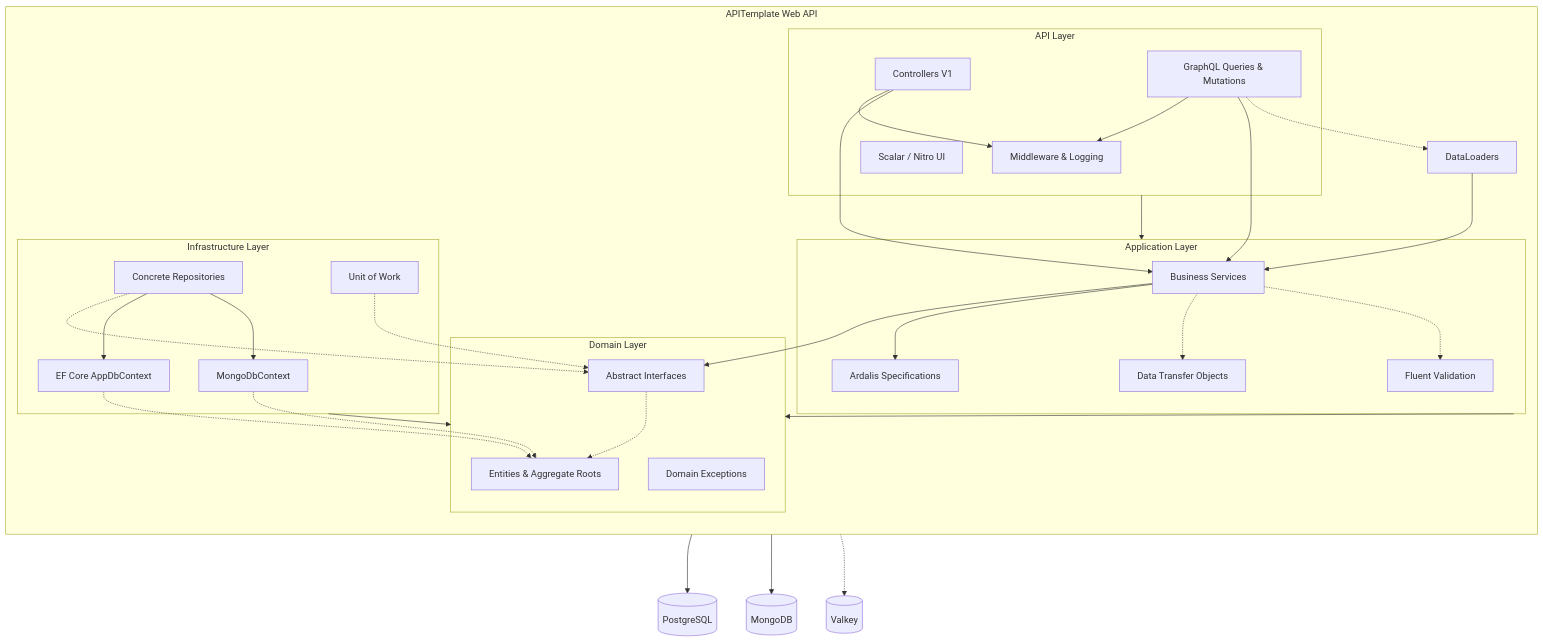
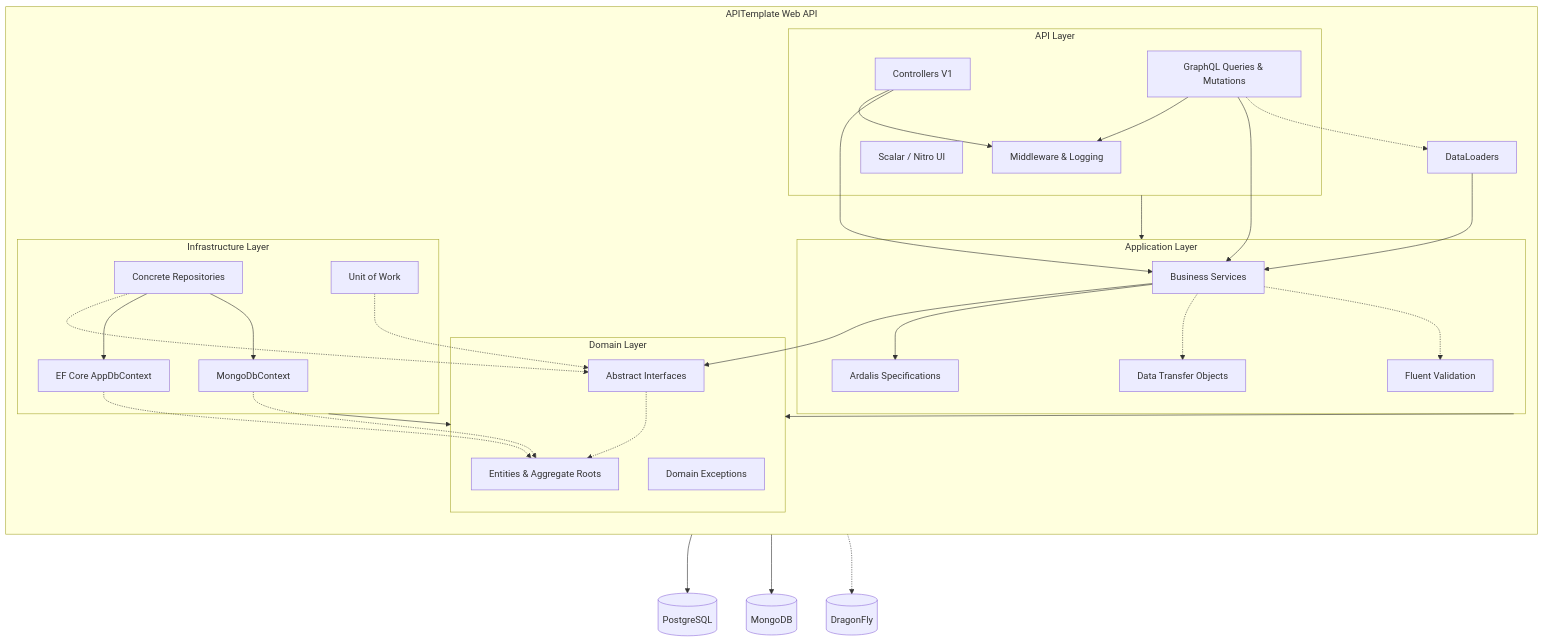
Before and after one commit to zribktad/API-Template: the first of 2 diagrams in README.md, drawn with Mermaid. The commit also changed other lines of this file and 20 other files, not shown here.

First line of the commit message:
feat: Replace Valkey with DragonFly as the session store and caching solution

````diff
--- a/README.md
+++ b/README.md
@@ -64,65 +64,65 @@
 ```mermaid
 graph TD
     subgraph APITemplate [APITemplate Web API]
         direction TB
 
         subgraph PresentationLayer [API Layer]
             REST[Controllers V1]
             GQL[GraphQL Queries & Mutations]
             UI[Scalar / Nitro UI]
             MID[Middleware & Logging]
         end
 
         subgraph ApplicationLayer [Application Layer]
             Services[Business Services]
             DTO[Data Transfer Objects]
             Validators[Fluent Validation]
             Spec[Ardalis Specifications]
         end
 
         subgraph DomainLayer [Domain Layer]
             Entities[Entities & Aggregate Roots]
             Ex[Domain Exceptions]
             Irepo[Abstract Interfaces]
         end
 
         subgraph InfrastructureLayer [Infrastructure Layer]
             Repo[Concrete Repositories]
             UoW[Unit of Work]
             EF[EF Core AppDbContext]
             Mongo[MongoDbContext]
         end
 
         %% Linkages representing Dependencies
         REST --> MID
         GQL --> MID
         REST --> Services
         GQL --> Services
         GQL -.-> DataLoaders[DataLoaders]
         DataLoaders --> Services
 
         Services --> Irepo
         Services --> Spec
         Services -.-> DTO
         Services -.-> Validators
 
         Repo -.-> Irepo
         Repo --> EF
         Repo --> Mongo
         UoW -.-> Irepo
         Irepo -.-> Entities
         EF -.-> Entities
         Mongo -.-> Entities
 
         PresentationLayer --> ApplicationLayer
         ApplicationLayer --> DomainLayer
         InfrastructureLayer --> DomainLayer
     end
 
     DB[(PostgreSQL)]
     MDB[(MongoDB)]
-    VK[(Valkey)]
+    VK[(DragonFly)]
     EF ---> DB
     Mongo ---> MDB
     REST -..-> VK
 ```
````
